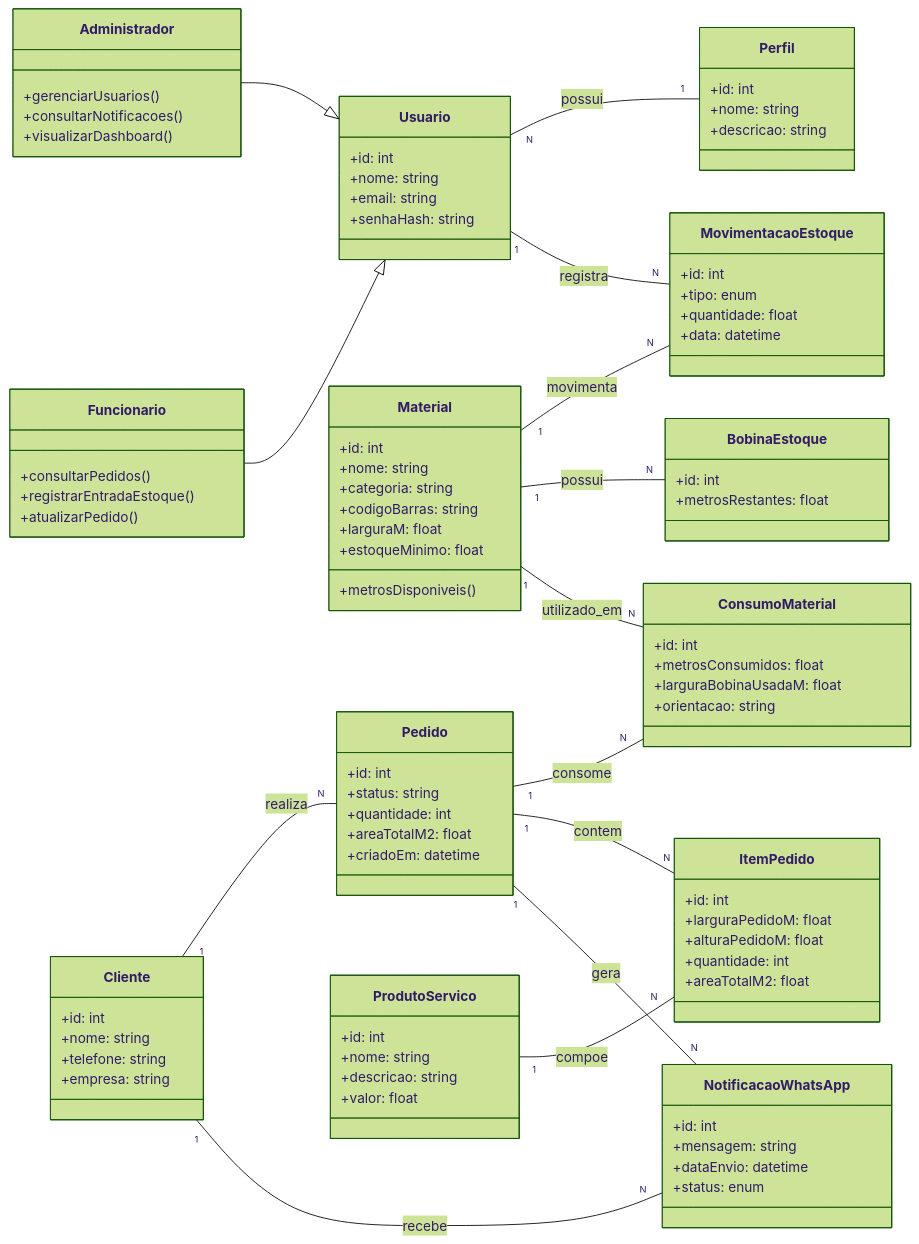
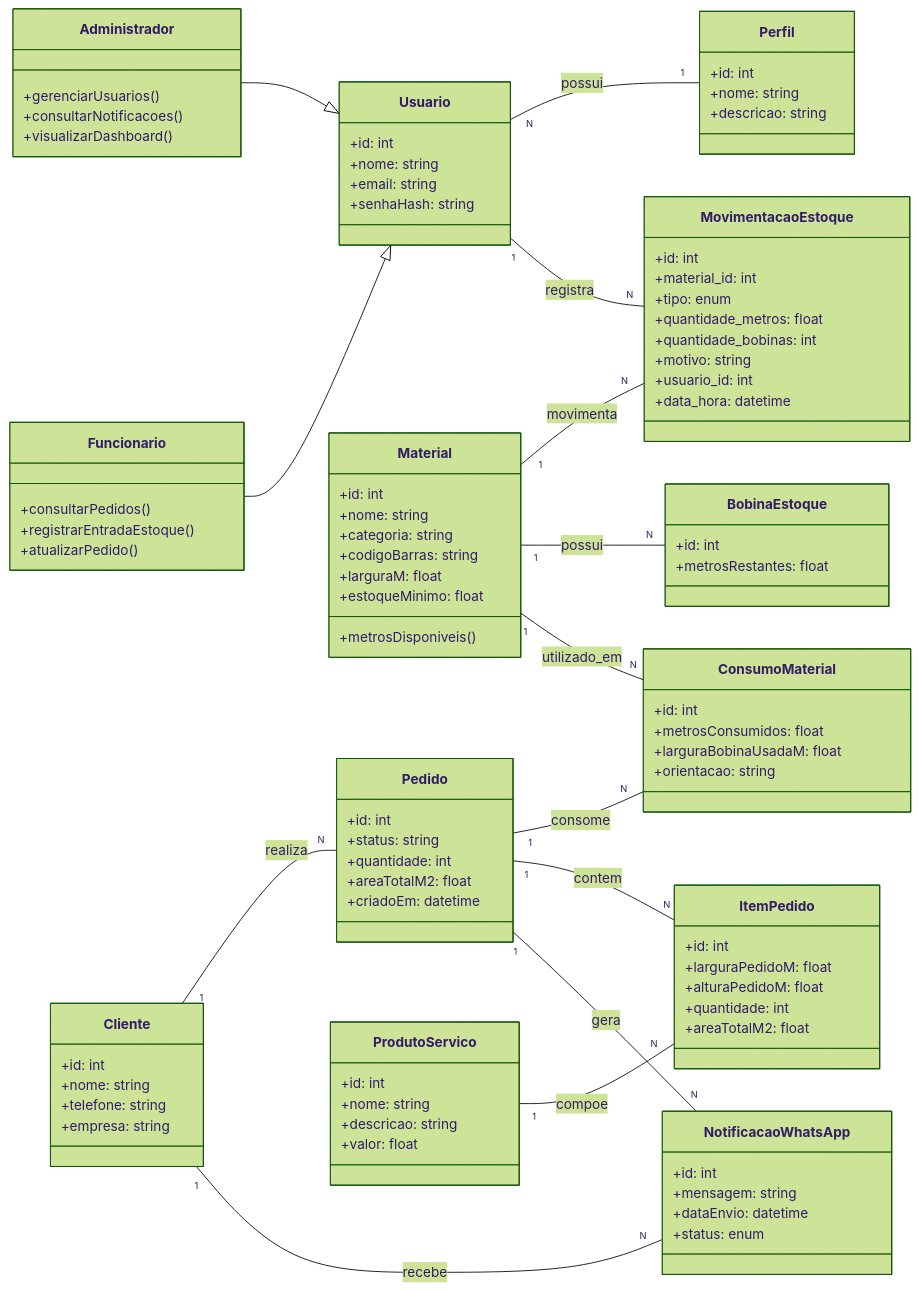
The second of 2 diagrams in docs/uml.md (brenotales1/sistema-pedidos), drawn with Mermaid (forest theme) before and after one commit. The commit also changed 7 other files, not shown here.

```diff
--- a/docs/uml.md
+++ b/docs/uml.md
@@ -59,9 +59,13 @@
 
   class MovimentacaoEstoque {
     +id: int
+    +material_id: int
     +tipo: enum
-    +quantidade: float
-    +data: datetime
+    +quantidade_metros: float
+    +quantidade_bobinas: int
+    +motivo: string
+    +usuario_id: int
+    +data_hora: datetime
   }
 
   class Material {
```
